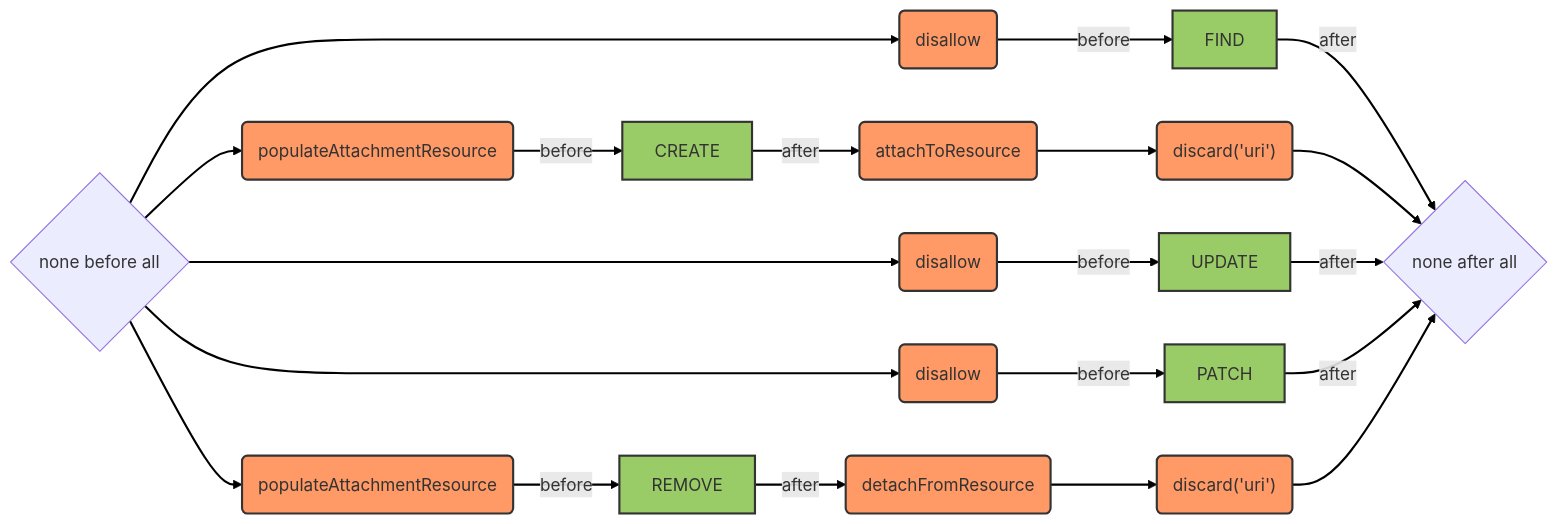
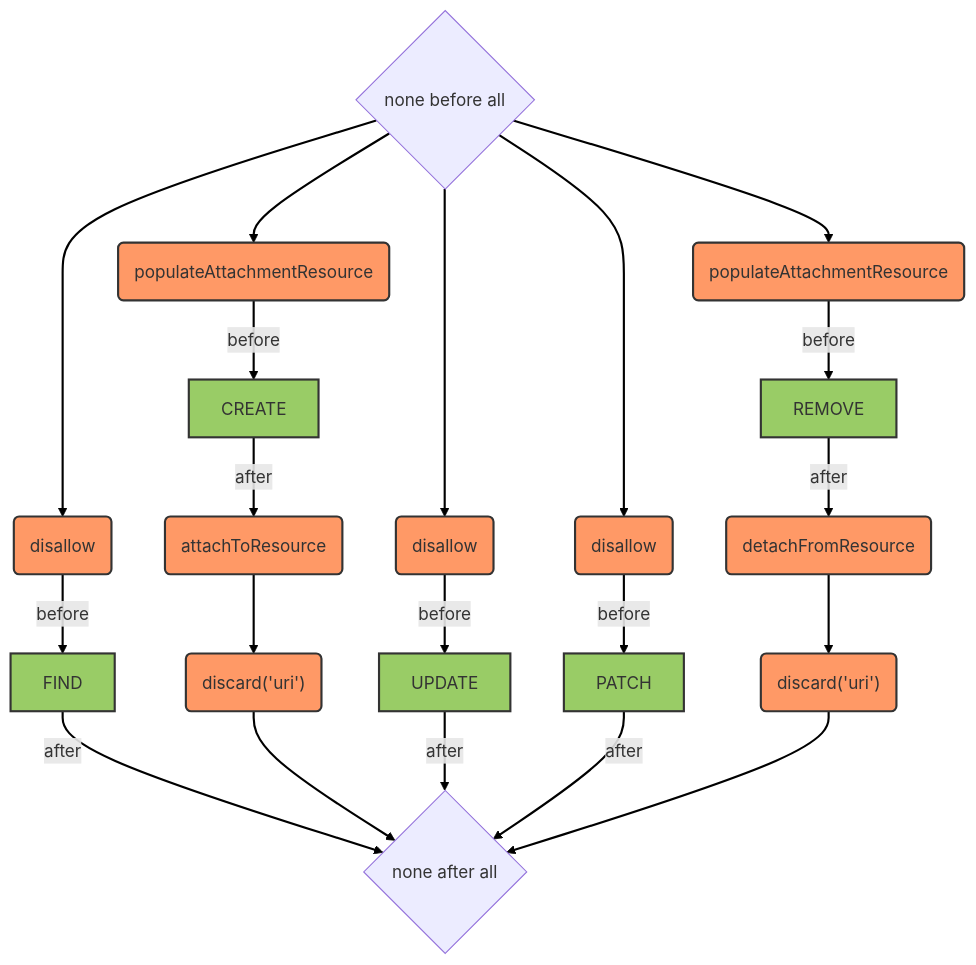
One commit to kalisio/kdk changed the diagram in diagrams/Storage Hooks Diagram.mmd. Above: the diagram before and after it, drawn with Mermaid. The commit also changed 5 other files, not shown here.

Commit message:
Changed hooks diagram orientation

```diff
--- a/diagrams/Storage Hooks Diagram.mmd
+++ b/diagrams/Storage Hooks Diagram.mmd
@@ -1,34 +1,34 @@
-graph LR
+graph TB
 	before{none before all}
 
     after{none after all}
 
     before --> hook1(disallow)
     hook1 -->|before| FIND[FIND]
     FIND -->|after| after
 
     before --> hook2(populateAttachmentResource)
     hook2 -->|before| CREATE[CREATE]
     CREATE -->|after| hook3(attachToResource)
     hook3 --> hook4("discard('uri')")
     hook4 --> after
     
     before --> hook5(disallow)
     hook5 -->|before| UPDATE[UPDATE]
     UPDATE -->|after| after
     
     before --> hook6(disallow)
     hook6 -->|before| PATCH[PATCH]
     PATCH -->|after| after
 
     before --> hook7(populateAttachmentResource)
     hook7 -->|before| REMOVE[REMOVE]
     REMOVE -->|after| hook8(detachFromResource)
     hook8 --> hook9("discard('uri')")
     hook9 --> after
 
     linkStyle default stroke-width:2px,fill:none,stroke:black
     classDef hookClass fill:#f96,stroke:#333,stroke-width:2px
     class hook1,hook2,hook3,hook4,hook5,hook6,hook7,hook8,hook9 hookClass
     classDef operationClass fill:#9c6,stroke:#333,stroke-width:2px
     class FIND,GET,CREATE,UPDATE,PATCH,REMOVE operationClass
```
